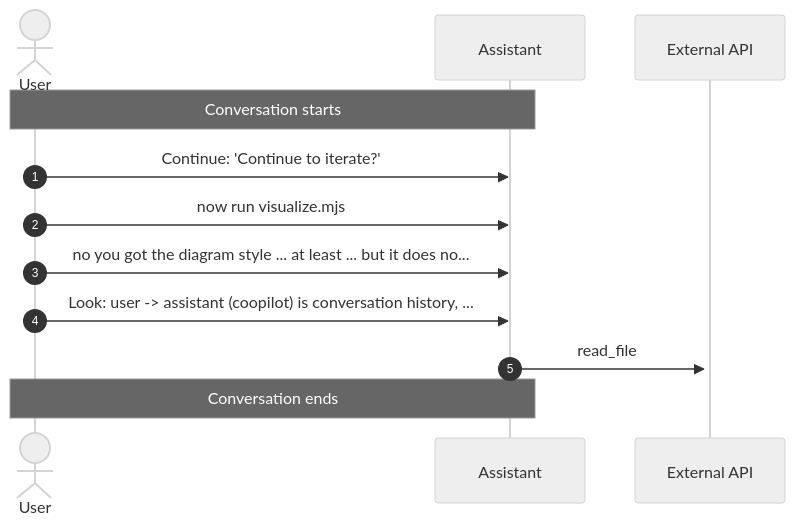
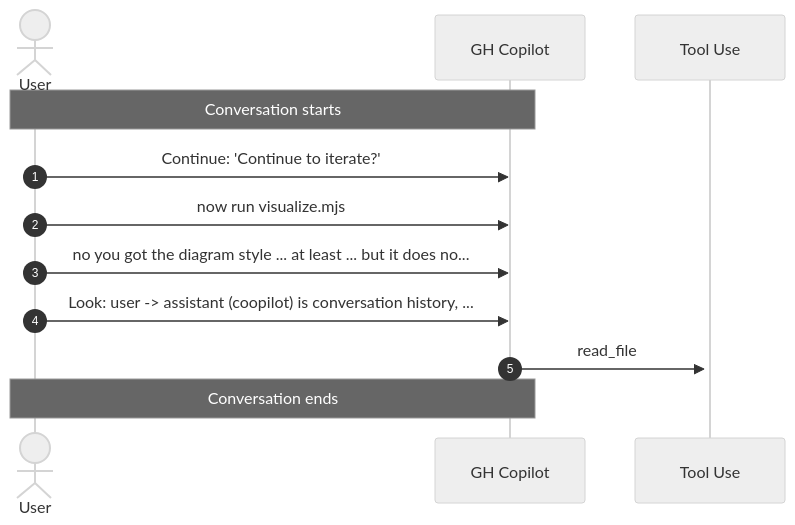
The diagram in .copilot-metadata/conversation--1827a1c2-c1c1-40db-86df-09a63d270a25.md (alexander-kastil/github-copilot), drawn with Mermaid (neutral theme) before and after one commit. The commit also changed 1 other file, not shown here.

Commit message:
refactor: update participant names in conversation diagram and enhance hooks configuration
- Changed participant name from 'Assistant' to 'GH Copilot' in the conversation sequence diagram for clarity.
- Updated participant name from 'External API' to 'Tool Use' to better reflect its role in the context.
- Revised hooks configuration in README to include new commands for session management and tool usage tracking.
- Added hooks for 'userPromptSubmitted', 'preToolUse', 'postToolUse', and 'sessionEnd' to improve functionality and logging.

````diff
--- a/.copilot-metadata/conversation--1827a1c2-c1c1-40db-86df-09a63d270a25.md
+++ b/.copilot-metadata/conversation--1827a1c2-c1c1-40db-86df-09a63d270a25.md
@@ -1,20 +1,20 @@
 ```mermaid
 sequenceDiagram
     autonumber
     actor User as User
-    participant Bot as Assistant
-    participant API as External API
+    participant Bot as GH Copilot
+    participant API as Tool Use
 
     Note over User,Bot: Conversation starts
 
     User->>Bot: Continue: 'Continue to iterate?'
 
     User->>Bot: now run visualize.mjs
 
     User->>Bot: no you got the diagram style ... at least ... but it does no...
 
     User->>Bot: Look: user -> assistant (coopilot) is conversation history, ...
 
     Bot->>+API: read_file
     Note over User,Bot: Conversation ends
 ```
````
